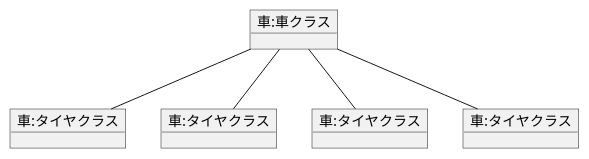
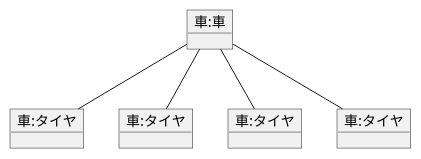
Before and after one commit to Raiki215/uml-introduction: the diagram in 演習3-4_オブジェクト図.pu, drawn with PlantUML. The commit also changed 4 other files, not shown here.

```diff
--- a/演習3-4_オブジェクト図.pu
+++ b/演習3-4_オブジェクト図.pu
@@ -1,22 +1,22 @@
 @startuml 演習３－４
-object "車:車クラス" as car{
+object "車:車" as car{
     
 }
-object "車:タイヤクラス" as タイヤ1{
+object "車:タイヤ" as タイヤ1{
     
 }
-object "車:タイヤクラス" as タイヤ2{
+object "車:タイヤ" as タイヤ2{
     
 }
-object "車:タイヤクラス" as タイヤ3{
+object "車:タイヤ" as タイヤ3{
     
 }
-object "車:タイヤクラス" as タイヤ4{
+object "車:タイヤ" as タイヤ4{
     
 }
 car--タイヤ1
 car--タイヤ2
 car--タイヤ3
 car--タイヤ4
 
 @enduml
```
